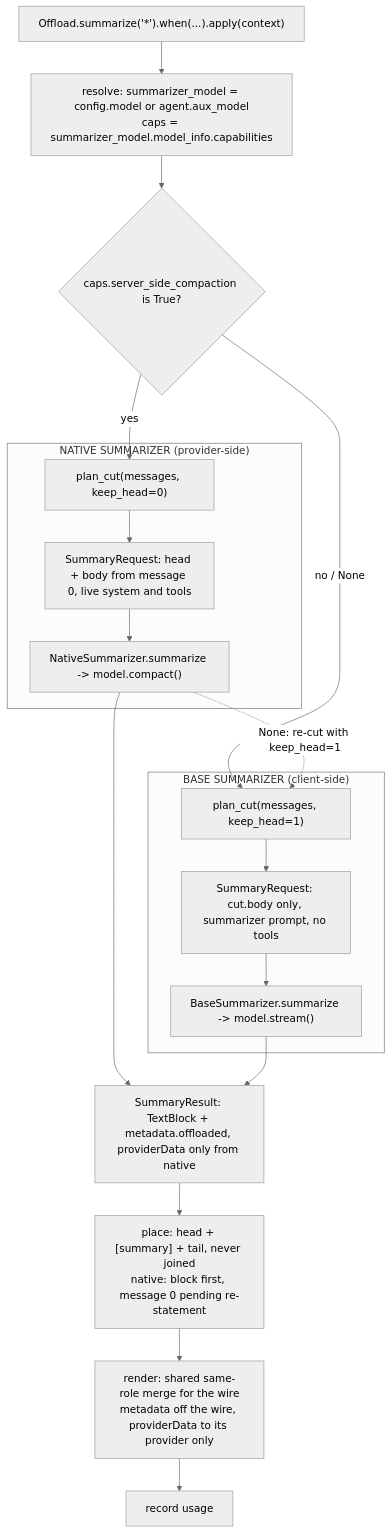
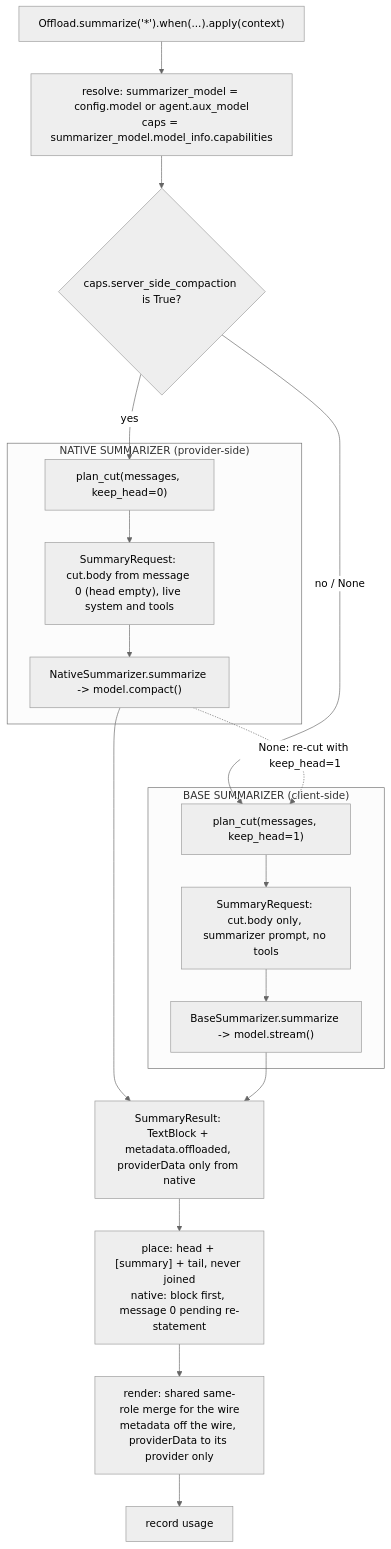
Before and after one commit to jimbrub/harness-sdk: the second of 3 diagrams in team/designs/0022-server-side-compaction-support.md, drawn with Mermaid (neutral theme). The commit also changed other lines of this file, not shown here.

Commit message:
docs(designs): correct resolve return and native request shape in 0022

````diff
--- a/team/designs/0022-server-side-compaction-support.md
+++ b/team/designs/0022-server-side-compaction-support.md
@@ -205,21 +205,21 @@
 ```mermaid
 flowchart TD
   apply["Offload.summarize('*').when(...).apply(context)"] --> resolve
   resolve["resolve: summarizer_model = config.model or agent.aux_model<br/>caps = summarizer_model.model_info.capabilities"] --> dn{"caps.server_side_compaction is True?"}
   dn -- "yes" --> ncut["plan_cut(messages, keep_head=0)"]
   dn -- "no / None" --> bcut["plan_cut(messages, keep_head=1)"]
   subgraph NATIVE["NATIVE SUMMARIZER (provider-side)"]
-    ncut --> nreq["SummaryRequest: head + body from message 0, live system and tools"]
+    ncut --> nreq["SummaryRequest: cut.body from message 0 (head empty), live system and tools"]
     nreq --> ncall["NativeSummarizer.summarize -> model.compact()"]
   end
   subgraph BASE["BASE SUMMARIZER (client-side)"]
     bcut --> breq["SummaryRequest: cut.body only, summarizer prompt, no tools"]
     breq --> bcall["BaseSummarizer.summarize -> model.stream()"]
   end
   ncall -.->|None: re-cut with keep_head=1| bcut
   ncall --> out
   bcall --> out["SummaryResult: TextBlock + metadata.offloaded, providerData only from native"]
   out --> place["place: head + [summary] + tail, never joined<br/>native: block first, message 0 pending re-statement"]
   place --> render["render: shared same-role merge for the wire<br/>metadata off the wire, providerData to its provider only"]
   render --> record["record usage"]
 ```
````
